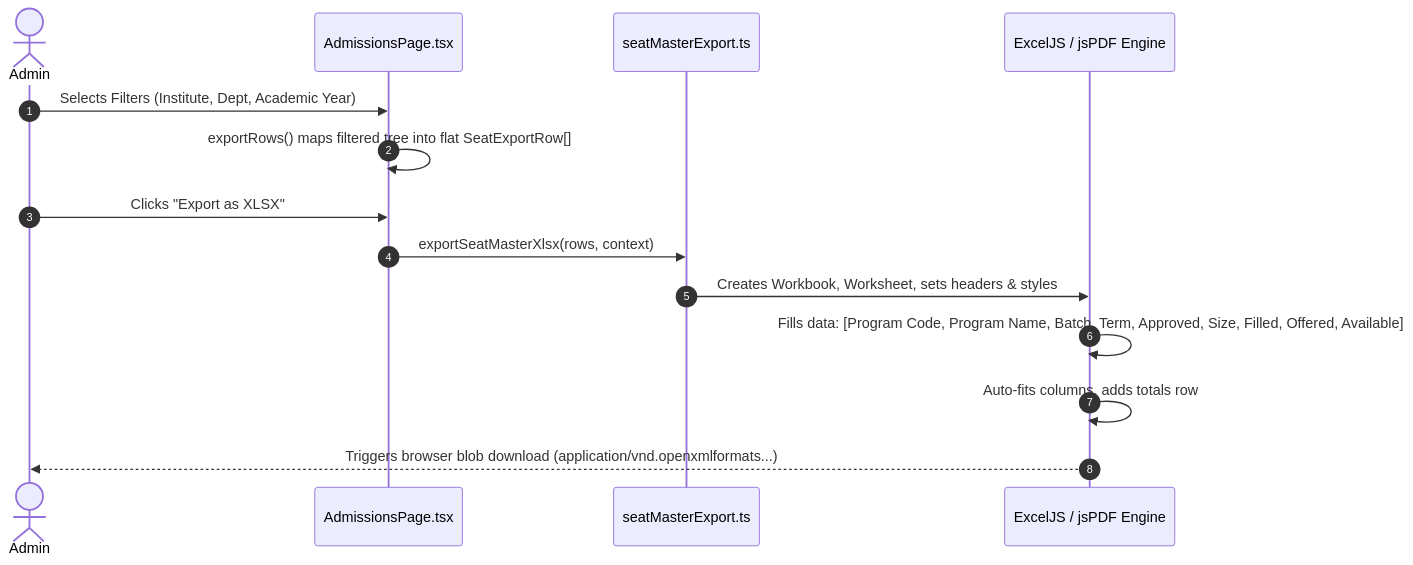
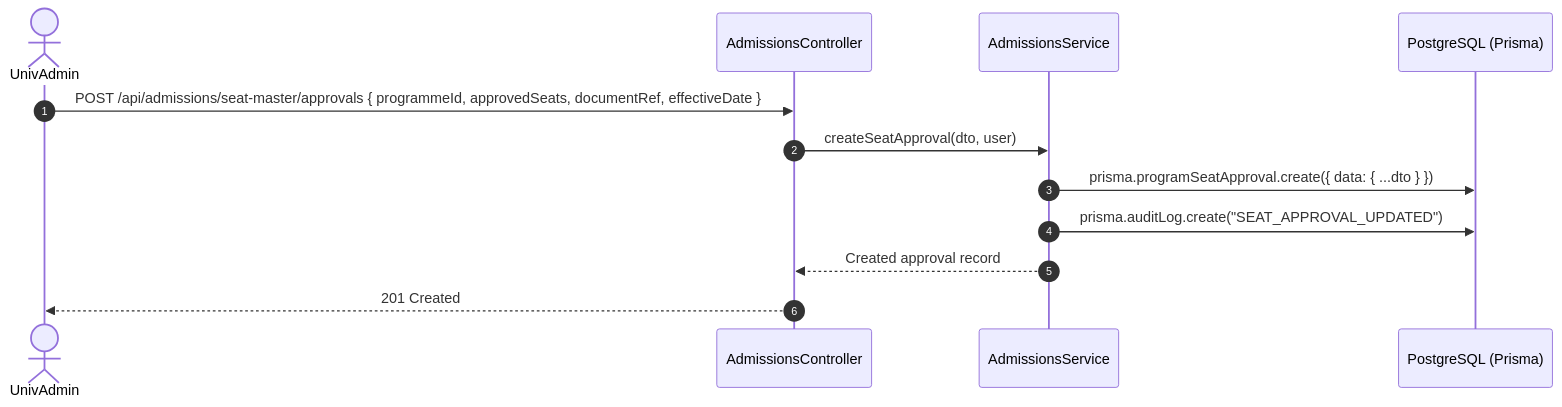
One commit to airaaa07/jubilant-lamp changed the first of 2 diagrams in flow/04_admissions_and_student_lifecycle/END_TO_END_ACTION_PROCESSES.md. Above: the diagram before and after it, drawn with Mermaid. The commit also changed other lines of this file and 8 other files, not shown here.

````diff
--- a/flow/04_admissions_and_student_lifecycle/END_TO_END_ACTION_PROCESSES.md
+++ b/flow/04_admissions_and_student_lifecycle/END_TO_END_ACTION_PROCESSES.md
@@ -12,17 +31,15 @@
 ```mermaid
 sequenceDiagram
     autonumber
-    actor User as Admin
-    participant UI as AdmissionsPage.tsx
-    participant Exporter as seatMasterExport.ts
-    participant ExcelJS as ExcelJS / jsPDF Engine
+    actor Admin as UnivAdmin
+    participant Ctrl as AdmissionsController
+    participant Service as AdmissionsService
+    participant DB as PostgreSQL (Prisma)
 
-    User->>UI: Selects Filters (Institute, Dept, Academic Year)
-    UI->>UI: exportRows() maps filtered tree into flat SeatExportRow[]
-    User->>UI: Clicks "Export as XLSX"
-    UI->>Exporter: exportSeatMasterXlsx(rows, context)
-    Exporter->>ExcelJS: Creates Workbook, Worksheet, sets headers & styles
-    ExcelJS->>ExcelJS: Fills data: [Program Code, Program Name, Batch, Term, Approved, Size, Filled, Offered, Available]
-    ExcelJS->>ExcelJS: Auto-fits columns, adds totals row
-    ExcelJS-->>User: Triggers browser blob download (application/vnd.openxmlformats...)
+    Admin->>Ctrl: POST /api/admissions/seat-master/approvals { programmeId, approvedSeats, documentRef, effectiveDate }
+    Ctrl->>Service: createSeatApproval(dto, user)
+    Service->>DB: prisma.programSeatApproval.create({ data: { ...dto } })
+    Service->>DB: prisma.auditLog.create("SEAT_APPROVAL_UPDATED")
+    Service-->>Ctrl: Created approval record
+    Ctrl-->>Admin: 201 Created
 ```
````
